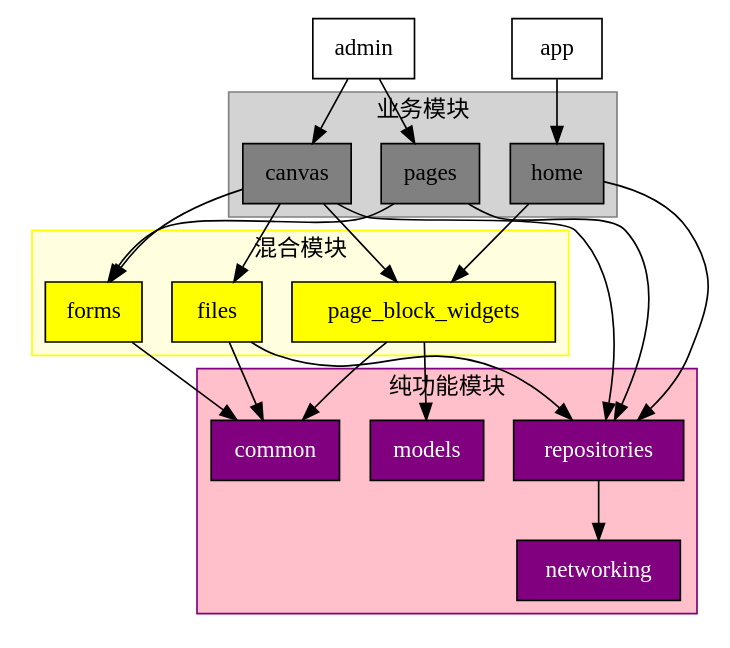
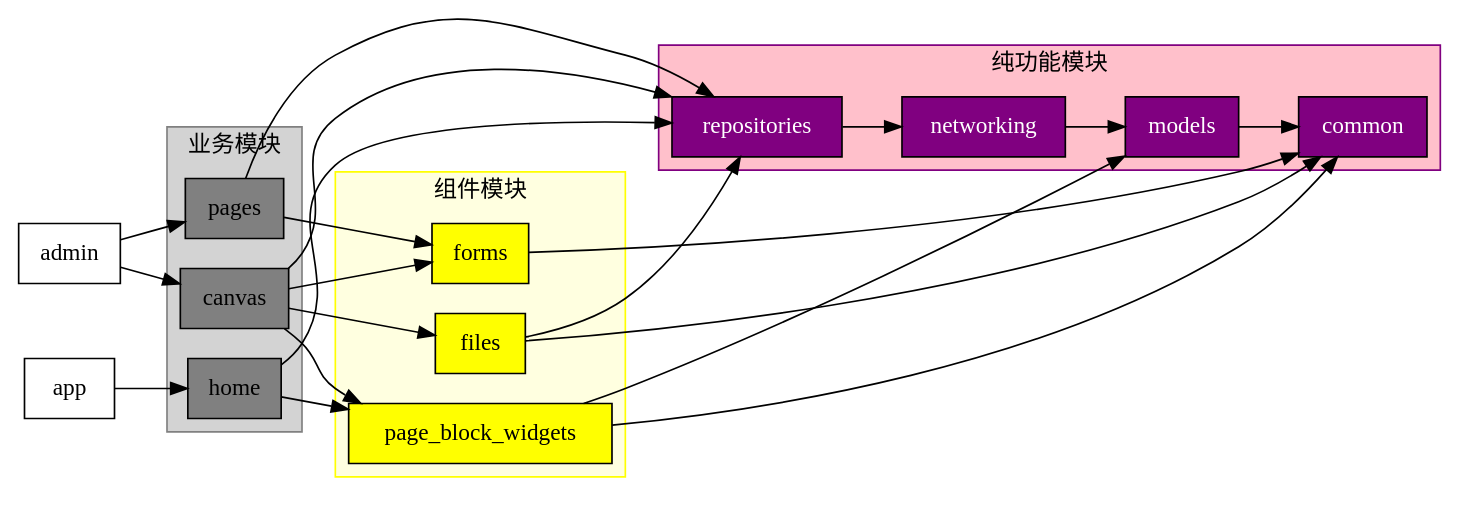
The diagram in frontend/images/modules_deps.md (wpcfan/lowcode), drawn with Graphviz before and after one commit. The commit also changed 5 other files, not shown here.

````diff
--- a/frontend/images/modules_deps.md
+++ b/frontend/images/modules_deps.md
@@ -1,65 +1,67 @@
 ```dot
 digraph G {
-  rankdir=TD;
+  rankdir=LR;
   node [shape=box];
   canvas [label="canvas", style=filled, fillcolor="grey"];
   pages [label="pages", style=filled, fillcolor="grey"];
   home [label="home", style=filled, fillcolor="grey"];
   page_block_widgets [label="page_block_widgets", style=filled, fillcolor="yellow"];
   files [label="files", style=filled, fillcolor="yellow"];
   forms [label="forms", style=filled, fillcolor="yellow"];
   repositories [label="repositories", style=filled, fillcolor="purple", fontcolor="white"];
   networking [label="networking", style=filled, fillcolor="purple", fontcolor="white"];
   models [label="models", style=filled, fillcolor="purple", fontcolor="white"];
   common [label="common", style=filled, fillcolor="purple", fontcolor="white"];
   admin -> canvas;
   admin -> pages;
   app -> home;
   canvas -> page_block_widgets;
   home -> page_block_widgets;
   page_block_widgets -> models;
   page_block_widgets -> common;
   canvas -> files;
   files -> repositories;
   files -> common;
   repositories -> networking;
   pages -> forms;
   canvas -> forms;
   forms -> common;
+  models -> common;
+  networking -> models;
   pages -> repositories;
   canvas -> repositories;
   home -> repositories;
 
   subgraph cluster_0 {
     label = "业务模块";
     color = "grey";
     style = "filled";
     fillcolor = "lightgrey";
     canvas;
     pages;
     home;
   }
 
   subgraph cluster_1 {
-    label = "混合模块";
+    label = "组件模块";
     color = "yellow";
     style = "filled";
     fillcolor = "lightyellow";
     page_block_widgets;
     files;
     forms;
   }
 
   subgraph cluster_2 {
     label = "纯功能模块";
     color = "purple";
     style = "filled";
     fillcolor = "pink";
     repositories;
     networking;
     models;
     common;
   }
 
 }
 ```
````
